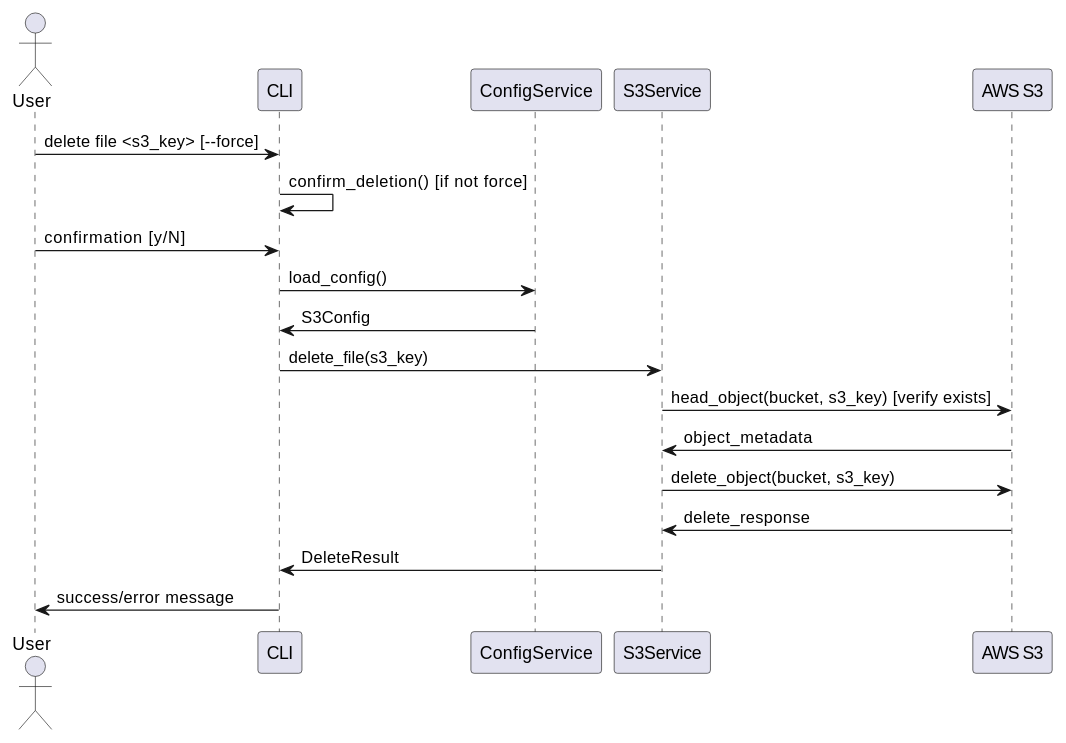
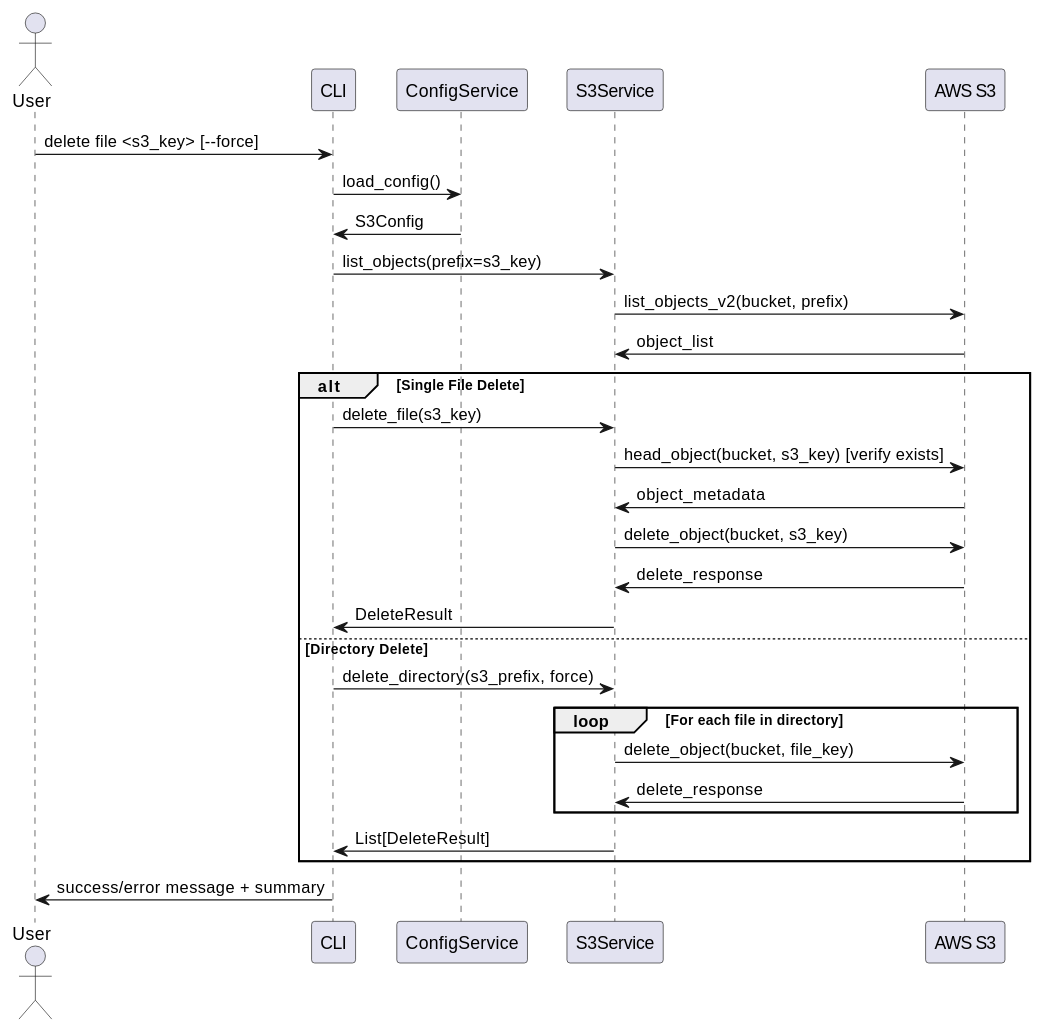
One commit to FATESAIKOU/CloudStorageSyncer changed the fourth of 4 diagrams in .prompt/02.Issue/03.AddSimpleDownloadAndDelete/01.BasicDesign/01.ProcessFlow.md. Above: the diagram before and after it, drawn with PlantUML. The commit also changed other lines of this file and 9 other files, not shown here.

````diff
--- a/.prompt/02.Issue/03.AddSimpleDownloadAndDelete/01.BasicDesign/01.ProcessFlow.md
+++ b/.prompt/02.Issue/03.AddSimpleDownloadAndDelete/01.BasicDesign/01.ProcessFlow.md
@@ -149,22 +173,34 @@
 ```plantuml
 @startuml
 actor User
 participant CLI
 participant "ConfigService" as Config
 participant "S3Service" as S3
 participant "AWS S3" as AWS
 
 User -> CLI: delete file <s3_key> [--force]
-CLI -> CLI: confirm_deletion() [if not force]
-User -> CLI: confirmation [y/N]
 CLI -> Config: load_config()
 Config -> CLI: S3Config
-CLI -> S3: delete_file(s3_key)
-S3 -> AWS: head_object(bucket, s3_key) [verify exists]
-AWS -> S3: object_metadata
-S3 -> AWS: delete_object(bucket, s3_key)
-AWS -> S3: delete_response
-S3 -> CLI: DeleteResult
-CLI -> User: success/error message
+CLI -> S3: list_objects(prefix=s3_key)
+S3 -> AWS: list_objects_v2(bucket, prefix)
+AWS -> S3: object_list
+
+alt Single File Delete
+  CLI -> S3: delete_file(s3_key)
+  S3 -> AWS: head_object(bucket, s3_key) [verify exists]
+  AWS -> S3: object_metadata
+  S3 -> AWS: delete_object(bucket, s3_key)
+  AWS -> S3: delete_response
+  S3 -> CLI: DeleteResult
+else Directory Delete
+  CLI -> S3: delete_directory(s3_prefix, force)
+  loop For each file in directory
+    S3 -> AWS: delete_object(bucket, file_key)
+    AWS -> S3: delete_response
+  end
+  S3 -> CLI: List[DeleteResult]
+end
+
+CLI -> User: success/error message + summary
 @enduml
 ```
````
